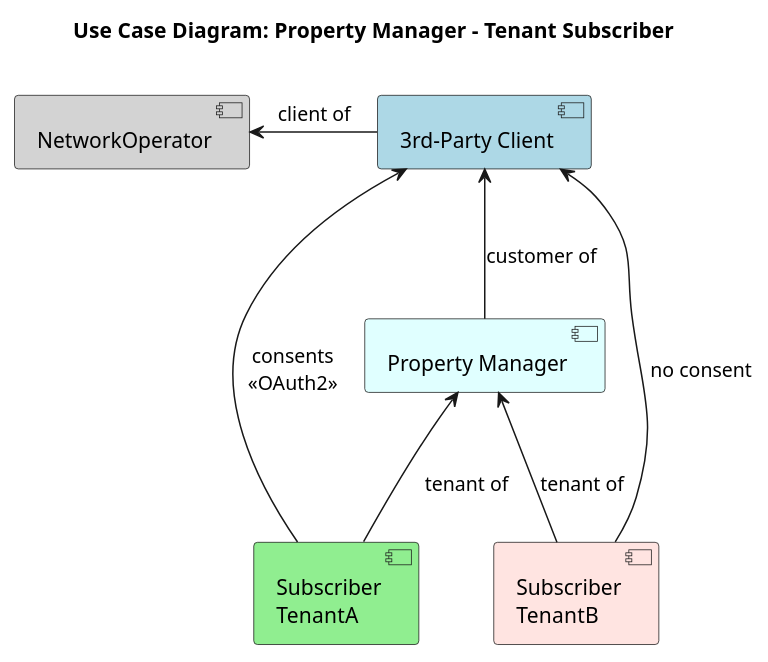
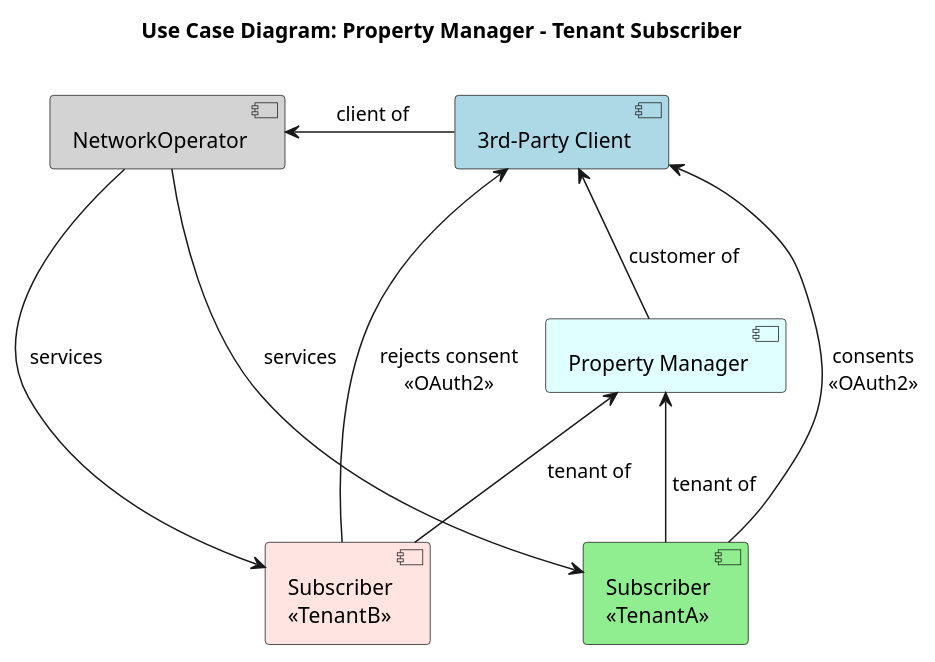
The first of 2 diagrams in APIBacklog/documentation/SupportingDocuments/others/cpe-management-api/use-case-property-manager-tenant-subscriber.puml (camaraproject/WorkingGroups), drawn with PlantUML before and after one commit. The commit also changed 4 other files, not shown here.

```diff
--- a/APIBacklog/documentation/SupportingDocuments/others/cpe-management-api/use-case-property-manager-tenant-subscriber.puml
+++ b/APIBacklog/documentation/SupportingDocuments/others/cpe-management-api/use-case-property-manager-tenant-subscriber.puml
@@ -1,18 +1,21 @@
 @startuml
 title Use Case Diagram: Property Manager - Tenant Subscriber
 
 [3rd-Party Client] #LightBlue
 [NetworkOperator] #LightGray
 [Property Manager] #LightCyan
-[Subscriber\nTenantA] #LightGreen
-[Subscriber\nTenantB] #MistyRose
+[Subscriber\n<<TenantA>>] #LightGreen
+[Subscriber\n<<TenantB>>] #MistyRose
 
-[3rd-Party Client] -left-> [NetworkOperator]: \nclient of
-[3rd-Party Client] <-down- [Property Manager]: \ncustomer of
-[3rd-Party Client] <- [Subscriber\nTenantA]: \nconsents\n<<OAuth2>>
-[3rd-Party Client] <- [Subscriber\nTenantB]: \n no consent
+[3rd-Party Client] -left-> [NetworkOperator]: \n client of
+[3rd-Party Client] <-down- [Property Manager]: \n customer of
+[3rd-Party Client] <- [Subscriber\n<<TenantA>>]: \n consents\n <<OAuth2>>
+[3rd-Party Client] <- [Subscriber\n<<TenantB>>]: \n rejects consent\n <<OAuth2>>
 
-[Property Manager] <-down- [Subscriber\nTenantA]: \ntenant of
-[Property Manager] <-down- [Subscriber\nTenantB]: \ntenant of
+[Property Manager] <-down- [Subscriber\n<<TenantA>>]: \n tenant of
+[Property Manager] <-down- [Subscriber\n<<TenantB>>]: tenant of
+
+[NetworkOperator] -> [Subscriber\n<<TenantA>>]: services
+[NetworkOperator] -> [Subscriber\n<<TenantB>>]: services
 
 @enduml
```
